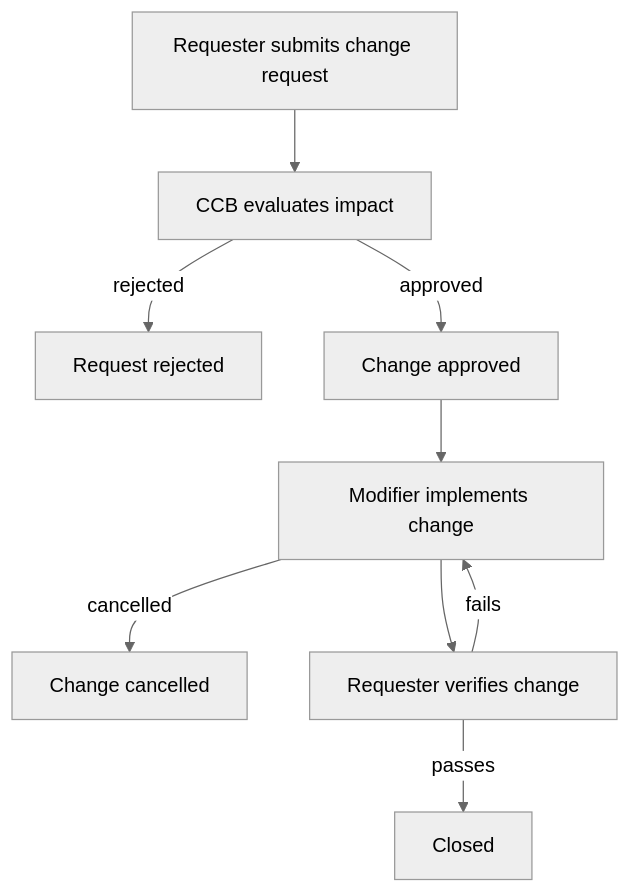
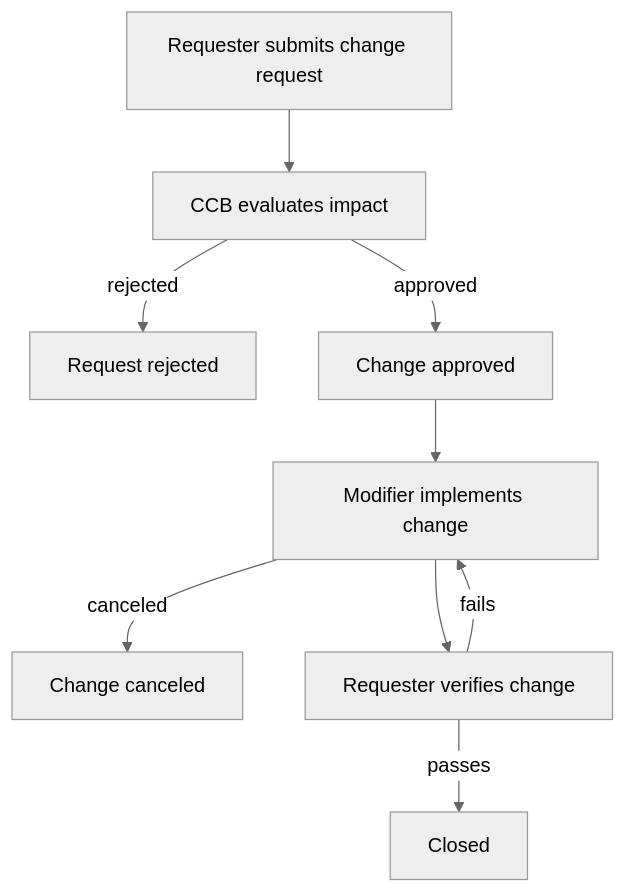
The eighth of 8 diagrams in content/4.computer-science/4.14.software-engineering/4.14.4.requirements-engineering/index.en.md (zf-li23/personal-wiki-site), drawn with Mermaid (neutral theme) before and after one commit. The commit also changed 6 other files, not shown here.

````diff
--- a/content/4.computer-science/4.14.software-engineering/4.14.4.requirements-engineering/index.en.md
+++ b/content/4.computer-science/4.14.software-engineering/4.14.4.requirements-engineering/index.en.md
@@ -656,11 +656,11 @@
 ```mermaid
 flowchart TB
   S[Requester submits change request] --> E[CCB evaluates impact]
   E -->|rejected| R[Request rejected]
   E -->|approved| A[Change approved]
   A --> I[Modifier implements change]
-  I -->|cancelled| C[Change cancelled]
+  I -->|canceled| C[Change canceled]
   I --> V[Requester verifies change]
   V -->|fails| I
   V -->|passes| D[Closed]
 ```
````
